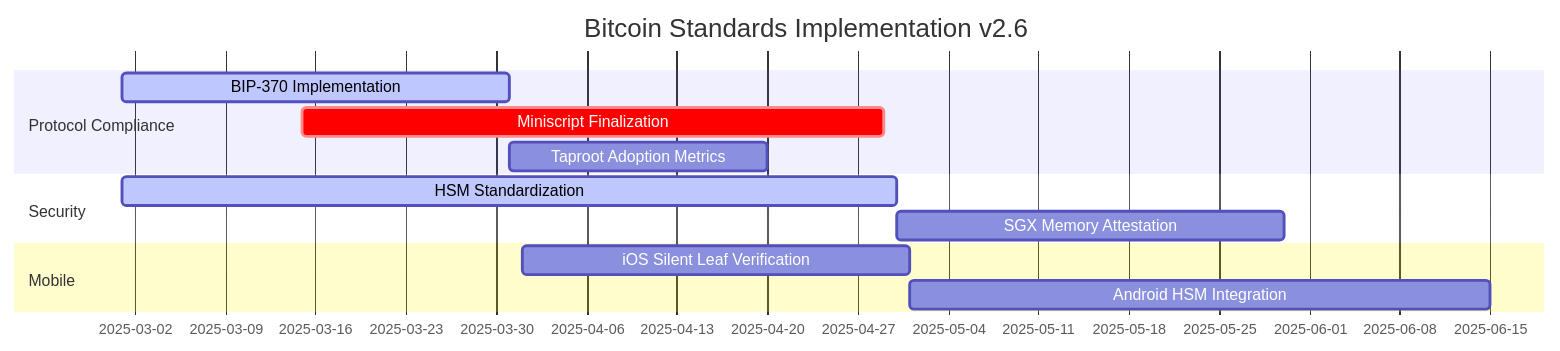
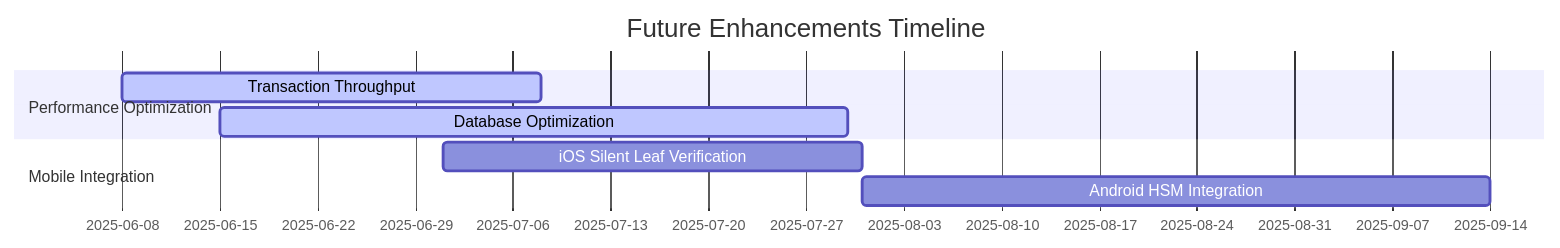
One commit to Anya-org/Anya-core changed the second of 4 diagrams in docs/ROADMAP.md. Above: the diagram before and after it, drawn with Mermaid. The commit also changed other lines of this file and 46 other files, not shown here.

````diff
--- a/docs/ROADMAP.md
+++ b/docs/ROADMAP.md
@@ -24,15 +64,11 @@
 ```mermaid
 gantt
-    title Bitcoin Standards Implementation v2.6
+    title Future Enhancements Timeline
     dateFormat  YYYY-MM-DD
-    section Protocol Compliance
-    BIP-370 Implementation       :active, bip370, 2025-03-01, 30d
-    Miniscript Finalization      :crit, miniscript, 2025-03-15, 45d
-    Taproot Adoption Metrics     : taproot_metrics, after bip370, 20d
-    section Security
-    HSM Standardization          :active, hsm, 2025-03-01, 60d
-    SGX Memory Attestation       : sgx, after hsm, 30d
-    section Mobile
-    iOS Silent Leaf Verification : ios_silent, 2025-04-01, 30d
+    section Performance Optimization
+    Transaction Throughput       :active, perf1, 2025-06-08, 30d
+    Database Optimization        :active, perf2, 2025-06-15, 45d
+    section Mobile Integration
+    iOS Silent Leaf Verification : ios_silent, 2025-07-01, 30d
     Android HSM Integration      : android_hsm, after ios_silent, 45d
 ```
````
